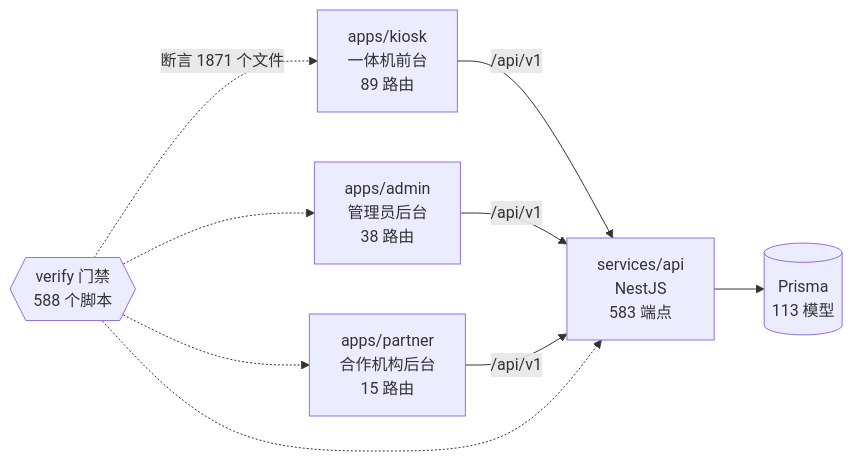
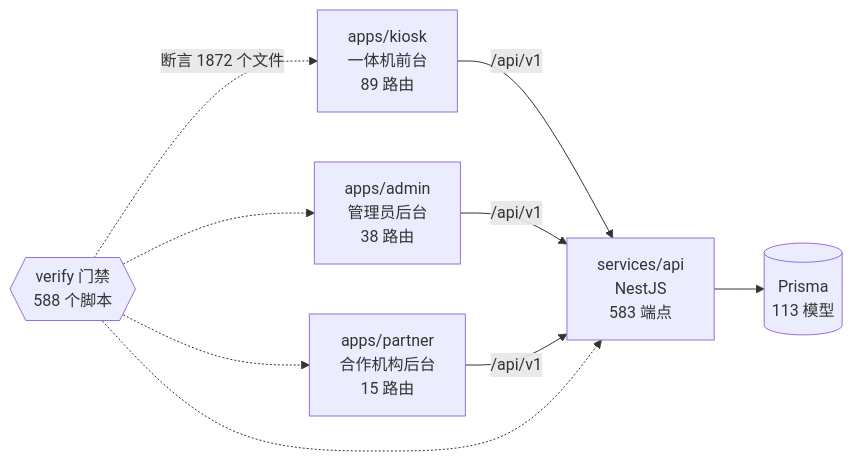
One commit to wanglei581/YITIJI changed the diagram in docs/graph/README.md. Above: the diagram before and after it, drawn with Mermaid. The commit also changed other lines of this file and 3 other files, not shown here.

Commit message:
chore(graph): 重生图谱

````diff
--- a/docs/graph/README.md
+++ b/docs/graph/README.md
@@ -68,18 +68,18 @@
 ```mermaid
 flowchart LR
   kiosk["apps/kiosk<br/>一体机前台<br/>89 路由"]
   admin["apps/admin<br/>管理员后台<br/>38 路由"]
   partner["apps/partner<br/>合作机构后台<br/>15 路由"]
   api["services/api<br/>NestJS<br/>583 端点"]
   db[("Prisma<br/>113 模型")]
   gates{{"verify 门禁<br/>588 个脚本"}}
 
   kiosk -->|"/api/v1"| api
   admin -->|"/api/v1"| api
   partner -->|"/api/v1"| api
   api --> db
-  gates -.->|"断言 1871 个文件"| kiosk
+  gates -.->|"断言 1872 个文件"| kiosk
   gates -.-> admin
   gates -.-> partner
   gates -.-> api
 ```
````
